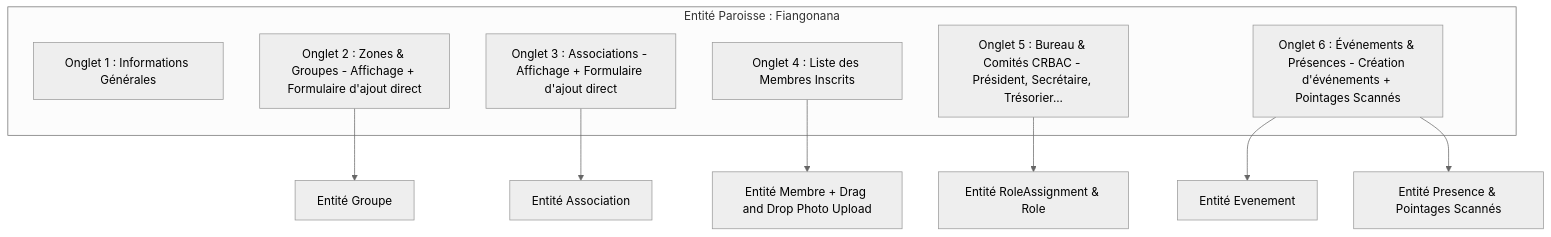
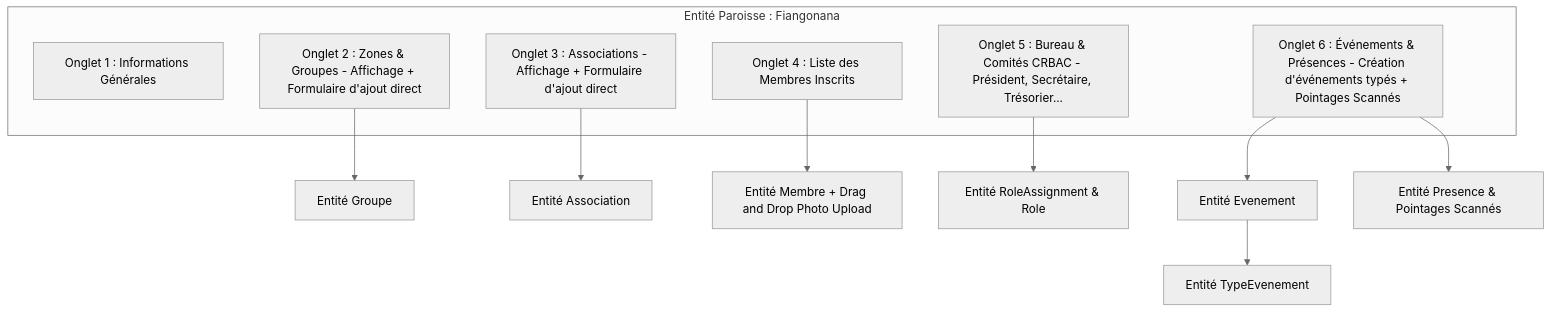
One commit to tounaf/iam-service changed the first of 2 diagrams in docs/BACKOFFICE_SPECIFICATION.md. Above: the diagram before and after it, drawn with Mermaid (neutral theme). The commit also changed other lines of this file and 9 other files, not shown here.

````diff
--- a/docs/BACKOFFICE_SPECIFICATION.md
+++ b/docs/BACKOFFICE_SPECIFICATION.md
@@ -29,18 +29,19 @@
 ```mermaid
 graph TD
     subgraph Structure[Entité Paroisse : Fiangonana]
         Tab1[Onglet 1 : Informations Générales]
         Tab2[Onglet 2 : Zones & Groupes - Affichage + Formulaire d'ajout direct]
         Tab3[Onglet 3 : Associations - Affichage + Formulaire d'ajout direct]
         Tab4[Onglet 4 : Liste des Membres Inscrits]
         Tab5[Onglet 5 : Bureau & Comités CRBAC - Président, Secrétaire, Trésorier...]
-        Tab6[Onglet 6 : Événements & Présences - Création d'événements + Pointages Scannés]
+        Tab6[Onglet 6 : Événements & Présences - Création d'événements typés + Pointages Scannés]
     end
 
     Tab2 --> GroupeEntity[Entité Groupe]
     Tab3 --> AssociationEntity[Entité Association]
     Tab4 --> MembreEntity[Entité Membre + Drag and Drop Photo Upload]
     Tab5 --> RoleAssignmentEntity[Entité RoleAssignment & Role]
     Tab6 --> EvenementEntity[Entité Evenement]
+    EvenementEntity --> TypeEvenementEntity[Entité TypeEvenement]
     Tab6 --> PresenceEntity[Entité Presence & Pointages Scannés]
 ```
````
